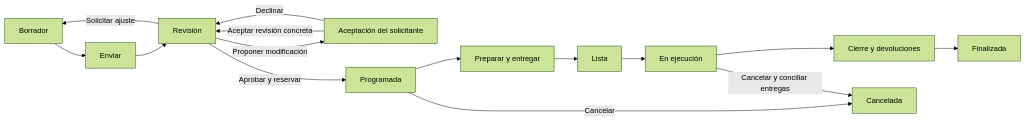
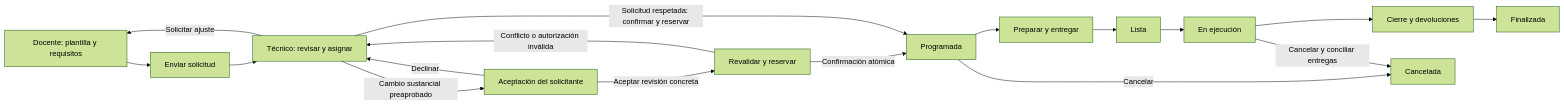
One commit to JIO1011/platlab changed the diagram in docs/plan/05_experiencia_y_diseno.md. Above: the diagram before and after it, drawn with Mermaid (forest theme). The commit also changed other lines of this file and 19 other files, not shown here.

````diff
--- a/docs/plan/05_experiencia_y_diseno.md
+++ b/docs/plan/05_experiencia_y_diseno.md
@@ -89,17 +89,19 @@
 ```mermaid
 flowchart LR
-    A[Borrador] --> B[Enviar]
-    B --> C[Revisión]
+    A[Docente: plantilla y requisitos] --> B[Enviar solicitud]
+    B --> C[Técnico: revisar y asignar]
     C -->|Solicitar ajuste| A
-    C -->|Proponer modificación| J[Aceptación del solicitante]
-    J -->|Aceptar revisión concreta| C
+    C -->|Cambio sustancial preaprobado| J[Aceptación del solicitante]
+    J -->|Aceptar revisión concreta| V[Revalidar y reservar]
     J -->|Declinar| C
-    C -->|Aprobar y reservar| D[Programada]
+    V -->|Conflicto o autorización inválida| C
+    V -->|Confirmación atómica| D[Programada]
+    C -->|Solicitud respetada: confirmar y reservar| D
     D --> E[Preparar y entregar]
     E --> F[Lista]
     F --> G[En ejecución]
     G --> H[Cierre y devoluciones]
     H --> I[Finalizada]
     D -->|Cancelar| K[Cancelada]
     G -->|Cancelar y conciliar entregas| K
 ```
````
